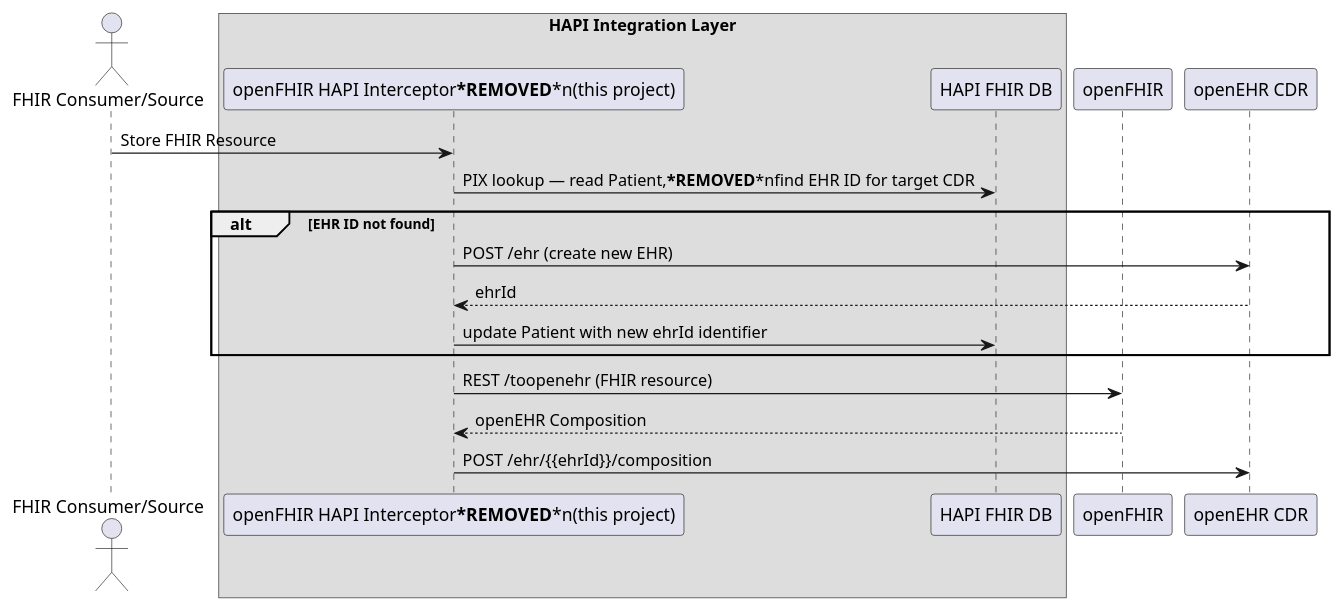
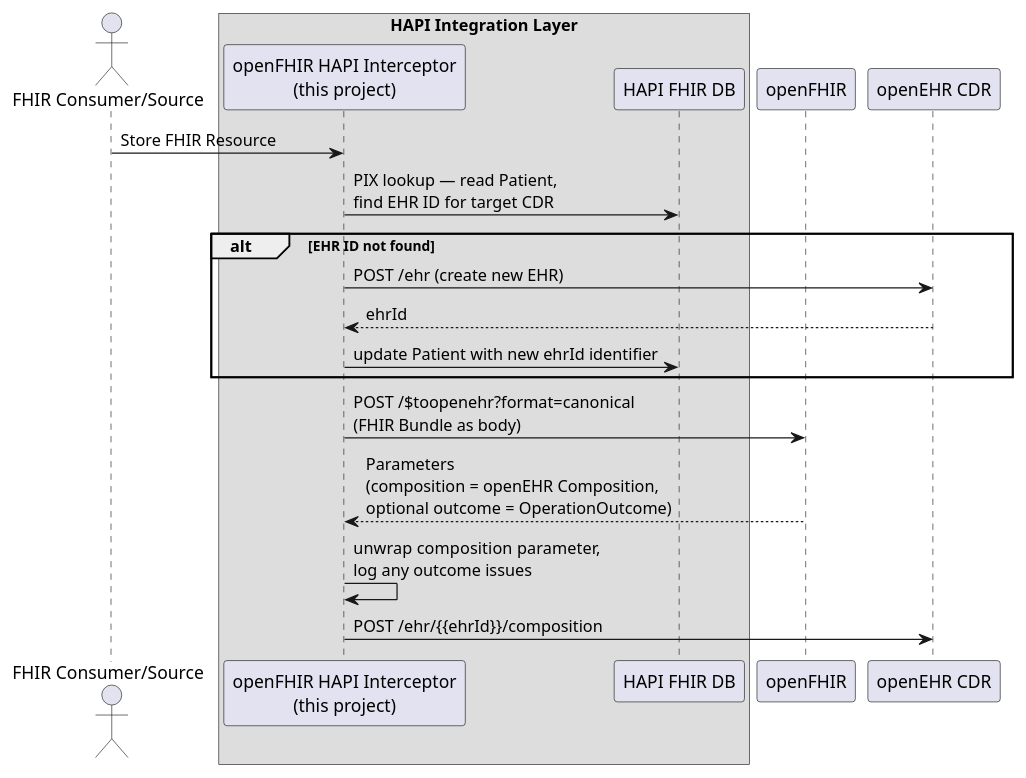
Before and after one commit to openFHIR/openfhir-hapi-interceptor: the diagram in fhir_store.puml, drawn with PlantUML. The commit also changed 16 other files, not shown here.

Commit message:
openFHIR 3.0.0 migration plus ci pipelines

```diff
--- a/fhir_store.puml
+++ b/fhir_store.puml
@@ -1,30 +1,32 @@
 @startuml fhir_store
 
 actor "FHIR Consumer/Source" as consumer
 
 box "HAPI Integration Layer"
-    participant "openFHIR HAPI Interceptor***REMOVED***n(this project)" as facade
+    participant "openFHIR HAPI Interceptor\n(this project)" as facade
     participant "HAPI FHIR DB" as hapi
 
 end box
 
 participant "openFHIR" as openfhir
 participant "openEHR CDR" as cdr
 
 consumer -> facade : Store FHIR Resource
 
-facade -> hapi : PIX lookup — read Patient,***REMOVED***nfind EHR ID for target CDR
+facade -> hapi : PIX lookup — read Patient,\nfind EHR ID for target CDR
 
 alt EHR ID not found
     facade -> cdr : POST /ehr (create new EHR)
     cdr --> facade : ehrId
     facade -> hapi : update Patient with new ehrId identifier
 end
 
-facade -> openfhir : REST /toopenehr (FHIR resource)
+facade -> openfhir : POST /$toopenehr?format=canonical\n(FHIR Bundle as body)
 
-openfhir --> facade : openEHR Composition
+openfhir --> facade : Parameters\n(composition = openEHR Composition,\noptional outcome = OperationOutcome)
+
+facade -> facade : unwrap composition parameter,\nlog any outcome issues
 
 facade -> cdr : POST /ehr/{{ehrId}}/composition
 
 @enduml
```
